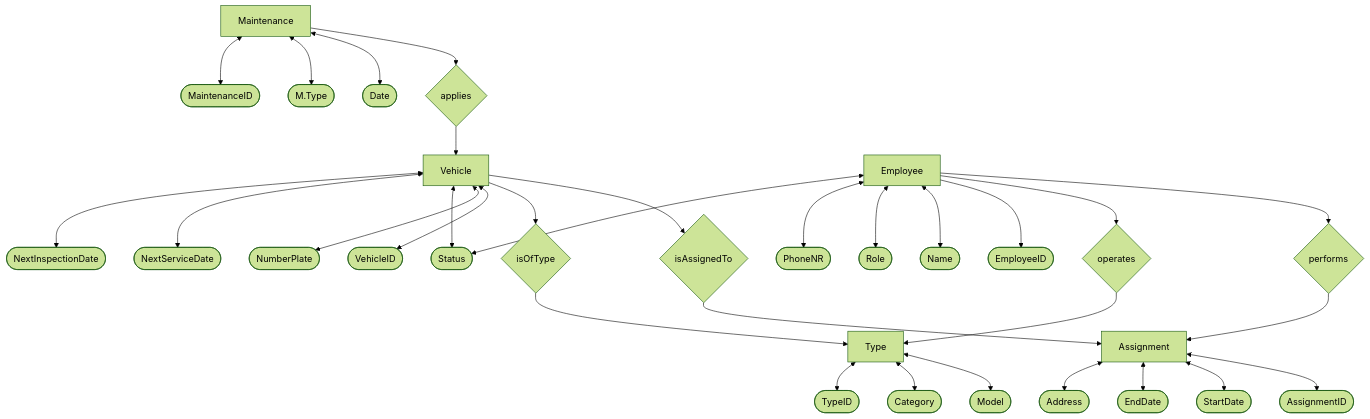
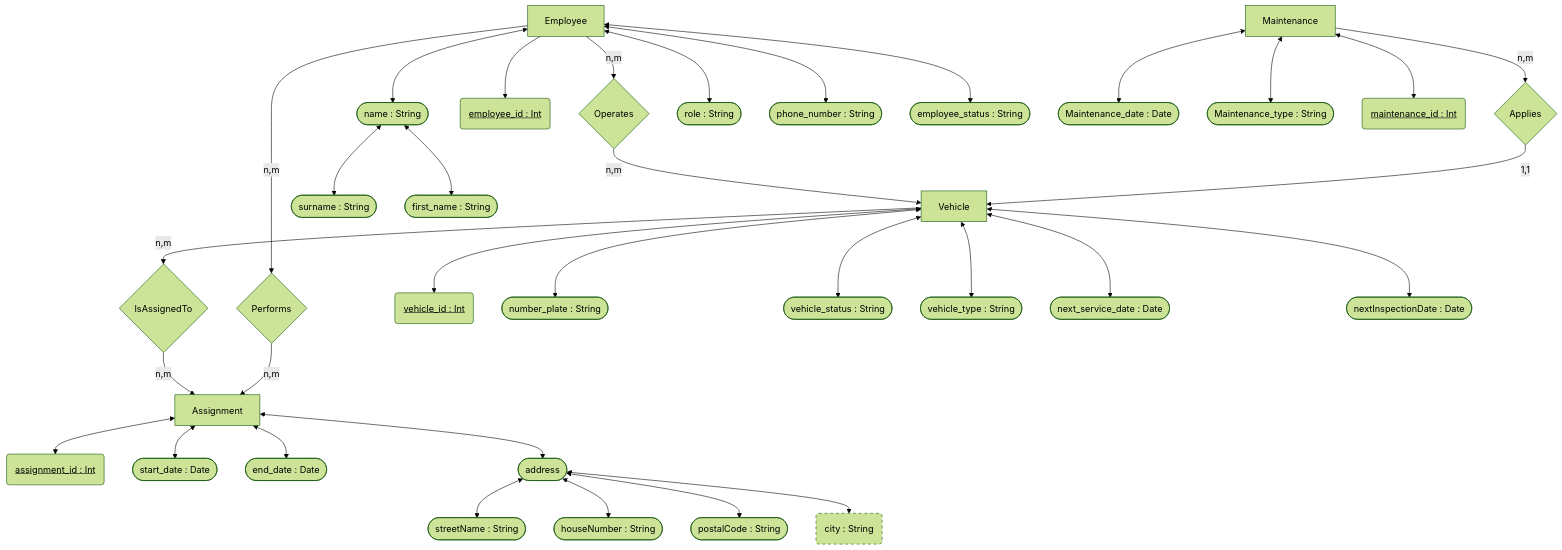
Before and after one commit to MatiasHeiberg/sibdat25_DatabaseProject: the diagram in docs/Conceptual Model.md, drawn with Mermaid (forest theme). The commit also changed other lines of this file and 2 other files, not shown here.

````diff
--- a/docs/Conceptual Model.md
+++ b/docs/Conceptual Model.md
@@ -3,45 +4,47 @@
 ```mermaid  
 flowchart TB
 
-Maintenance[Maintenance] --> applies{applies} 
-applies{applies} --> Vehicle[Vehicle]
+Maintenance[Maintenance] --> |n,m|Applies{Applies} 
+Applies{Applies} --> |1,1|Vehicle[Vehicle]
 
-Employee[Employee] --> performs{performs} 
-performs{performs} --> Assignment[Assignment]
+Employee[Employee] --> |n,m|Performs{Performs} 
+Performs{Performs} --> |n,m|Assignment[Assignment]
 
-Vehicle[Vehicle] --> isAssignedTo{isAssignedTo}
-isAssignedTo{isAssignedTo} --> Assignment[Assignment]
+Vehicle[Vehicle] --> |n,m|IsAssignedTo{IsAssignedTo}
+IsAssignedTo{IsAssignedTo} --> |n,m|Assignment[Assignment]
 
-Employee[Employee] --> operates{operates} 
-operates{operates} --> Type[Type]
+Employee[Employee] --> |n,m|Operates{Operates} 
+Operates{Operates} --> |n,m|Vehicle[Vehicle]
 
-Vehicle[Vehicle] --> isOfType{isOfType} 
-isOfType{isOfType} --> Type[Type]
+Vehicle[Vehicle] <--> vehicle_id("<u>vehicle_id : Int</u>")
+Vehicle[Vehicle] <--> number_plate([number_plate : String])
 
-Vehicle[Vehicle] <--> VehicleID([VehicleID])
-Vehicle[Vehicle] <--> NumberPlate([NumberPlate])
+Vehicle[Vehicle] <--> vehicle_status([vehicle_status : String])
+Vehicle[Vehicle] <--> vehicle_type([vehicle_type : String])
+Vehicle[Vehicle] <--> next_service_date([next_service_date : Date])
+Vehicle[Vehicle] <--> nextInspectionDate([nextInspectionDate : Date])
 
-Vehicle[Vehicle] <--> Status([Status])
-Vehicle[Vehicle] <--> NextServiceDate([NextServiceDate])
-Vehicle[Vehicle] <--> NextInspectionDate([NextInspectionDate])
+Employee[Employee] --> employee_id("<u>employee_id : Int</u>")
+Employee[Employee] <--> name([name : String])
+name([name : String]) <--> surname([surname : String])
+name([name : String]) <--> first_name([first_name : String])
+Employee[Employee] <--> role([role : String])
+Employee[Employee] <--> phone_number([phone_number : String]) 
+Employee[Employee] <--> employee_status([employee_status : String]) 
 
-Employee[Employee] --> EmployeeID([EmployeeID])
-Employee[Employee] <--> Name([Name])
-Employee[Employee] <--> Role([Role])
-Employee[Employee] <--> PhoneNR([PhoneNR]) 
-Employee[Employee] <--> Status([Status]) 
-Assignment[Assignment] <--> AssignmentID([AssignmentID])
-Assignment[Assignment] <--> StartDate([StartDate])
-Assignment[Assignment] <--> EndDate([EndDate])
-Assignment[Assignment] <--> Address([Address])
-Maintenance[Maintenance] <--> Date([Date])
-Maintenance[Maintenance] <--> M.Type([M.Type])
-Maintenance[Maintenance] <--> MaintenanceID([MaintenanceID])
-Type[Type] <--> Model([Model])
-Type[Type] <--> Category([Category])
-Type[Type] <--> TypeID([TypeID])
+Assignment[Assignment] <--> assignment_id("<u>assignment_id : Int</u>") 
+Assignment[Assignment] <--> start_date([start_date : Date])
+Assignment[Assignment] <--> end_date([end_date : Date])
 
+Assignment[Assignment] <--> address([address : String])
+address([address]) <--> streetName([streetName : String])
+address([address]) <--> houseNumber([houseNumber : String])
+address([address]) <--> postalCode([postalCode : String])
+address([address]) <--> city(city : String)
+style city stroke-dasharray: 5 5
 
-
+Maintenance[Maintenance] <--> maintenance_date([Maintenance_date : Date])
+Maintenance[Maintenance] <--> maintenance_type([Maintenance_type : String])
+Maintenance[Maintenance] <--> maintenance_id("<u>maintenance_id : Int</u>")
 
 ```
````
